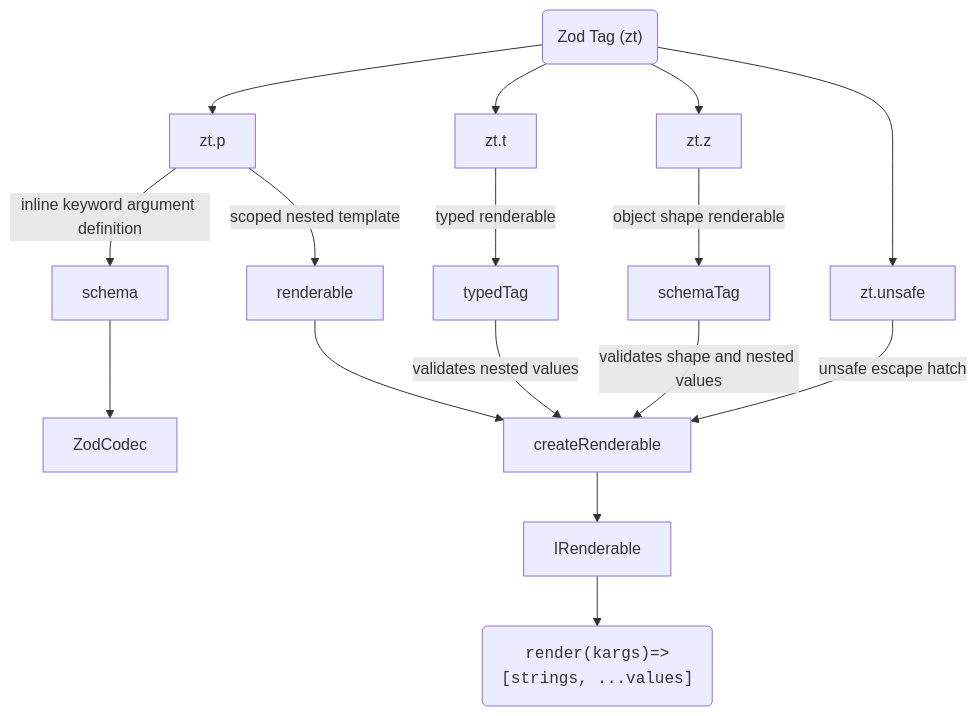
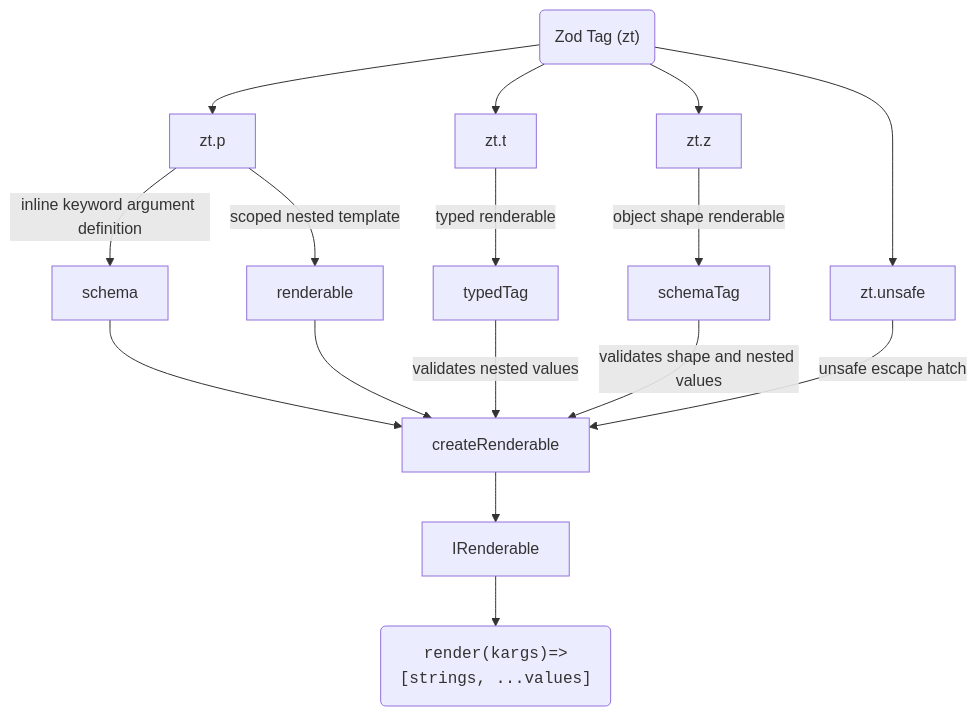
The second of 2 diagrams in README.md (NicolasBerbel/zod-tag), drawn with Mermaid before and after one commit. The commit also changed other lines of this file and 17 other files, not shown here.

````diff
--- a/README.md
+++ b/README.md
@@ -759,16 +852,16 @@
 ```mermaid
 graph
     zt("Zod Tag (zt)") --> zt.t
     zt --> zt.z
     zt --> zt.p
     zt -->  zt.unsafe
 
-    zt.p -- inline keyword argument definition --> schema --> ZodCodec
+    zt.p -- inline keyword argument definition --> schema --> createRenderable
     zt.p -- scoped nested template --> renderable --> createRenderable
     zt.t -- typed renderable --> typedTag -- validates nested values --> createRenderable
     zt.z -- object shape renderable --> schemaTag -- validates shape and nested values --> createRenderable
     zt.unsafe  -- unsafe escape hatch --> createRenderable
 
     createRenderable --> IRenderable
     IRenderable --> render("<code>render(kargs)=>[strings, ...values]</code>")
 ```
````
